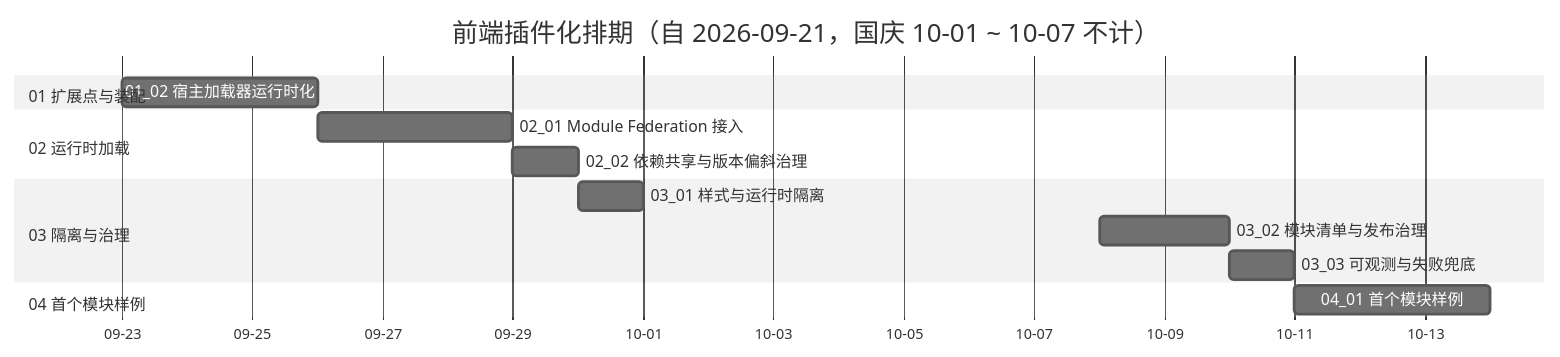
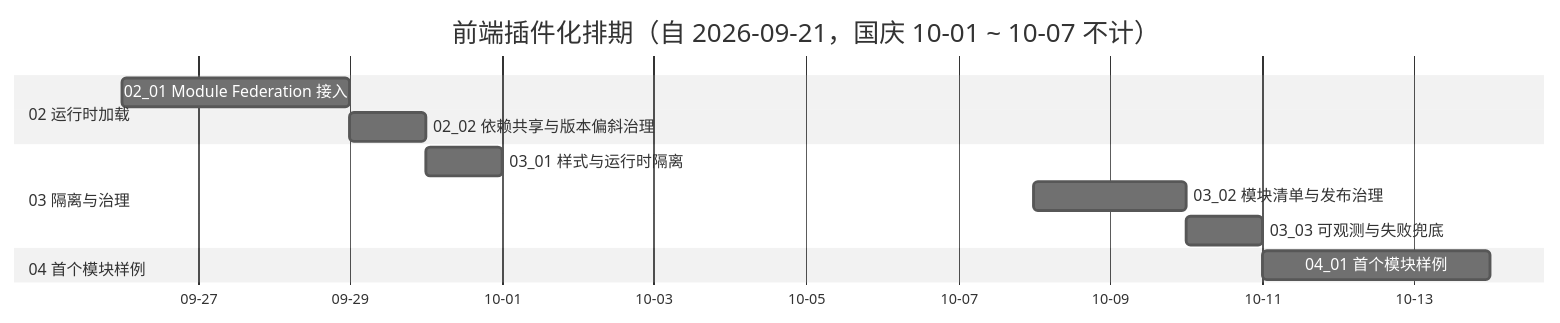
The diagram in bms文档/项目/05_前端插件化/计划/01_计划_前端插件化.md (minjian123/basic-management-system), drawn with Mermaid (neutral theme) before and after one commit. The commit also changed other lines of this file and 14 other files, not shown here.

````diff
--- a/bms文档/项目/05_前端插件化/计划/01_计划_前端插件化.md
+++ b/bms文档/项目/05_前端插件化/计划/01_计划_前端插件化.md
@@ -42,18 +42,16 @@
 ```mermaid
 gantt
     title 前端插件化排期（自 2026-09-21，国庆 10-01 ~ 10-07 不计）
     dateFormat YYYY-MM-DD
     axisFormat %m-%d
     tickInterval 2day
-    section 01 扩展点与装配
-    01_02 宿主加载器运行时化 :a2, 2026-09-23, 3d
     section 02 运行时加载
     02_01 Module Federation 接入 :a3, 2026-09-26, 3d
     02_02 依赖共享与版本偏斜治理 :a4, 2026-09-29, 1d
     section 03 隔离与治理
     03_01 样式与运行时隔离 :a5, 2026-09-30, 1d
     03_02 模块清单与发布治理 :a6, 2026-10-08, 2d
     03_03 可观测与失败兜底 :a7, after a6, 1d
     section 04 首个模块样例
     04_01 首个模块样例 :a8, after a7, 3d
 ```
````
